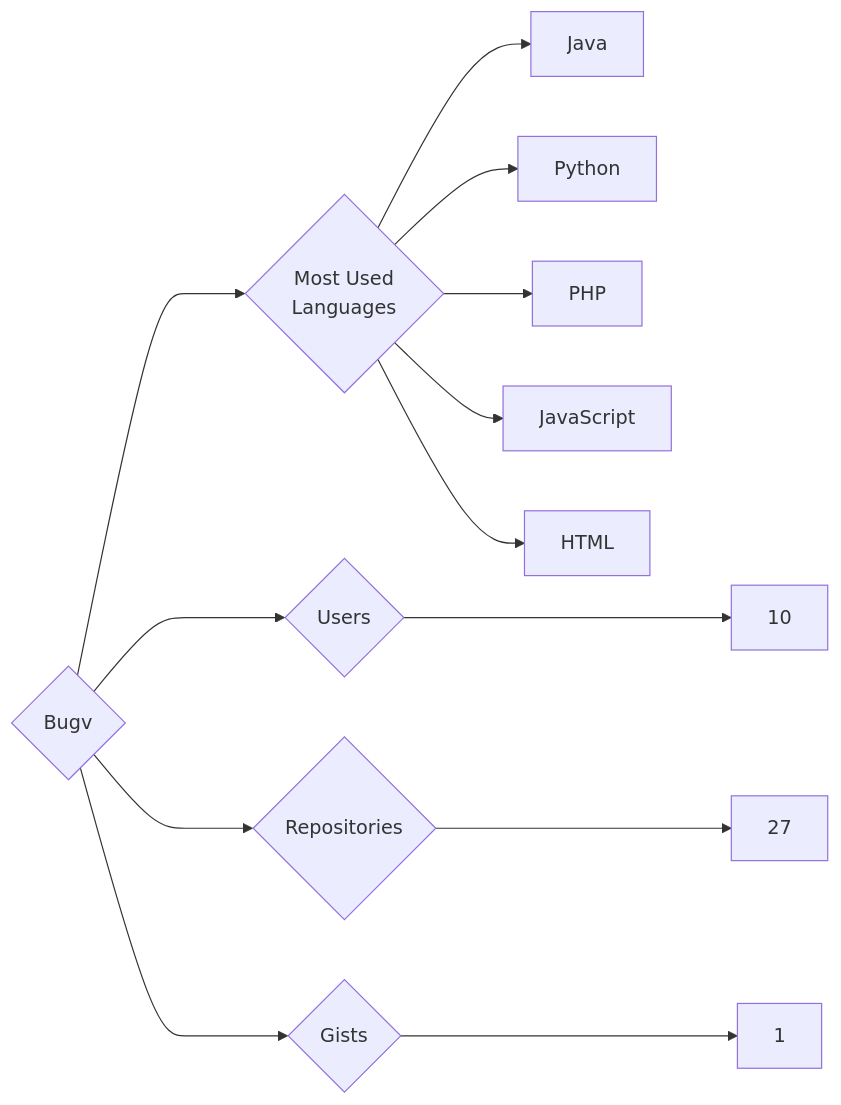
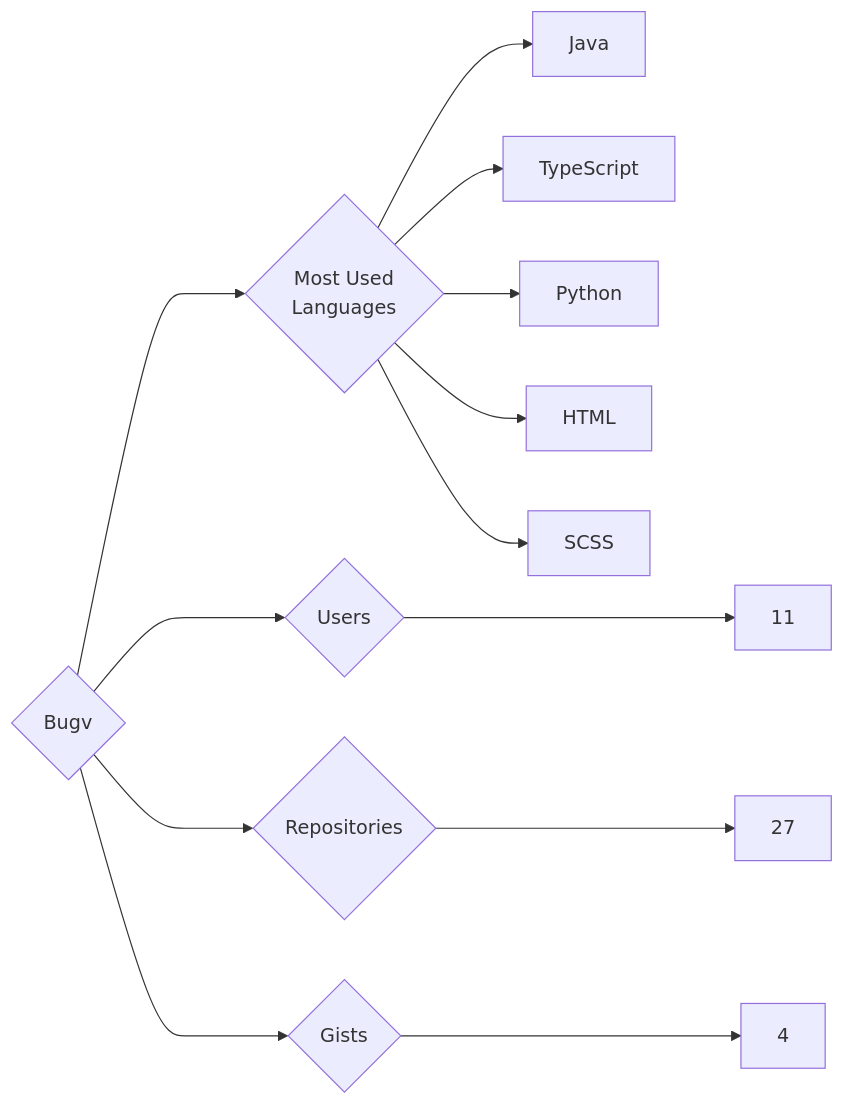
Before and after one commit to trickest/insiders: the diagram in targets/Bugv/README.md, drawn with Mermaid. The commit also changed 1084 other files, not shown here.

````diff
--- a/targets/Bugv/README.md
+++ b/targets/Bugv/README.md
@@ -3,13 +3,13 @@
 ```mermaid
 graph LR
 COMPANY_NAME{Bugv}
-COMPANY_NAME ---> U{Users} ---> UN[10]
+COMPANY_NAME ---> U{Users} ---> UN[11]
 COMPANY_NAME ---> R{Repositories} ---> RN[27]
-COMPANY_NAME ---> G{Gists} ---> GN[1]
+COMPANY_NAME ---> G{Gists} ---> GN[4]
 COMPANY_NAME ---> ML{Most Used<br>Languages}
 ML --> Java[Java]
+ML --> TypeScript[TypeScript]
 ML --> Python[Python]
-ML --> PHP[PHP]
-ML --> JavaScript[JavaScript]
 ML --> HTML[HTML]
+ML --> SCSS[SCSS]
 ```
````
